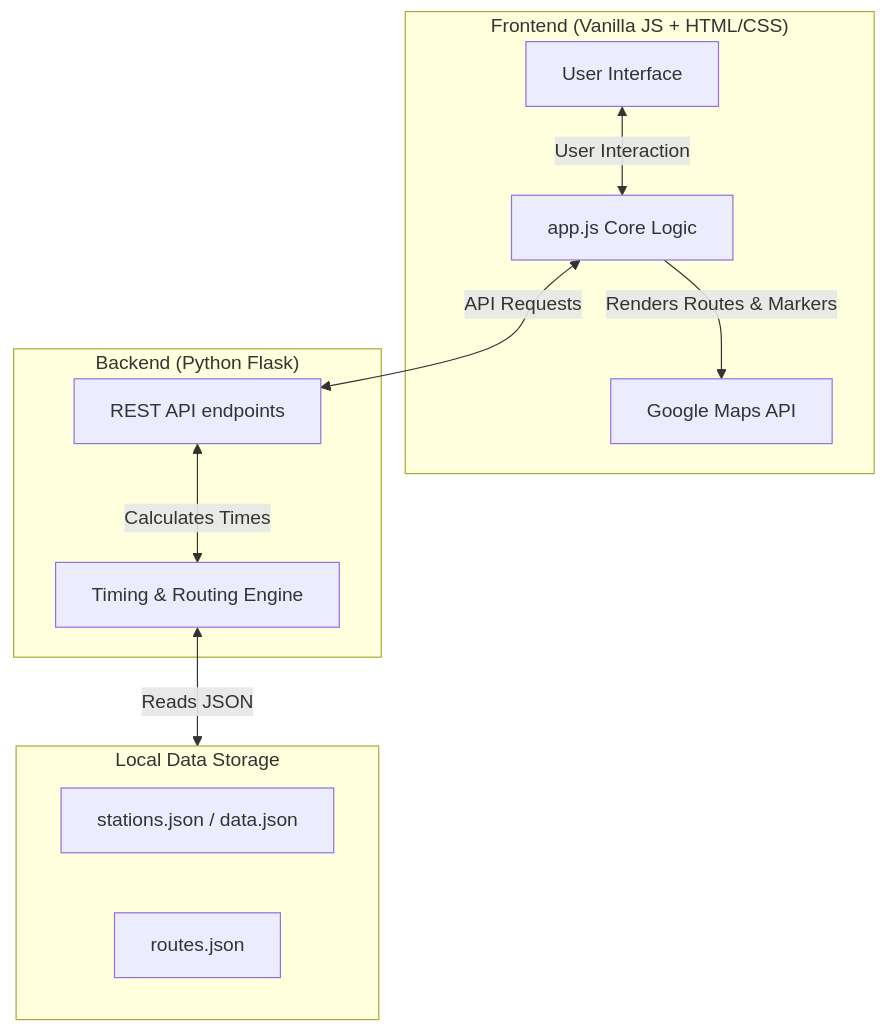
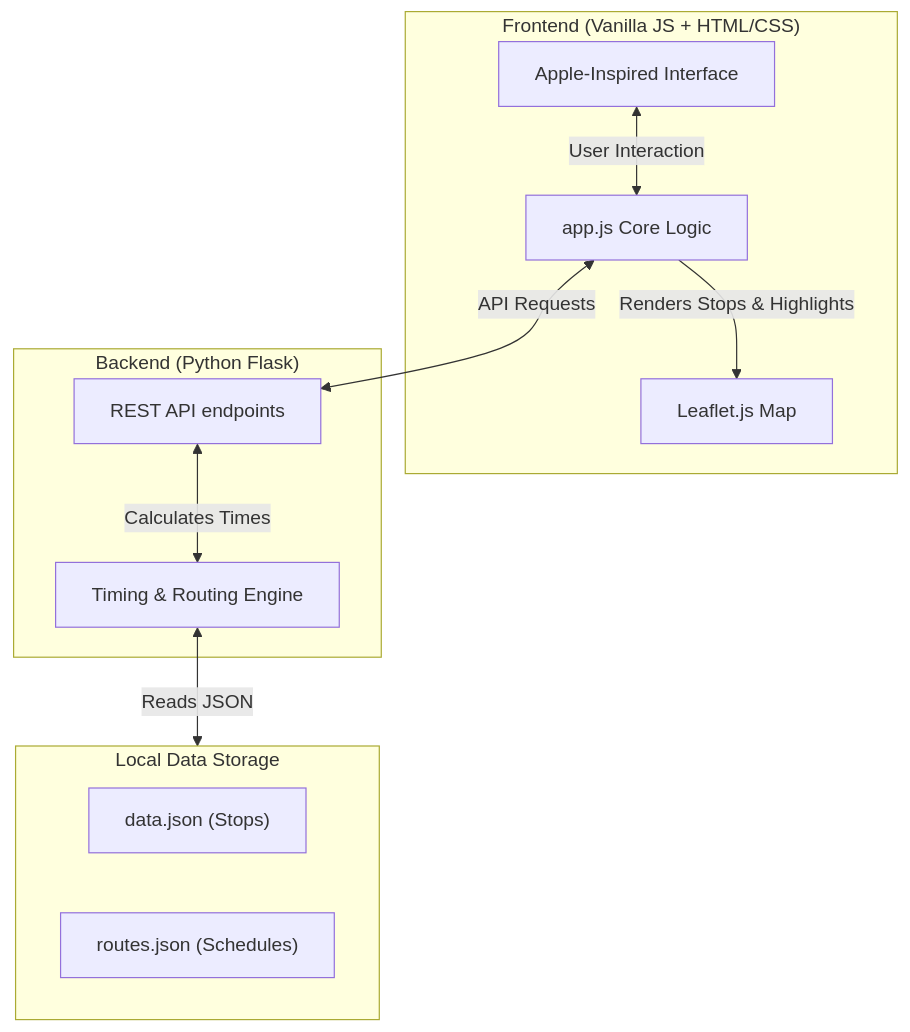
The first of 3 diagrams in explanation.md (vishalbudhathoki/CTU-Bus-route-visualizer), drawn with Mermaid before and after one commit. The commit also changed other lines of this file, not shown here.

Commit message:
docs: overhaul explanation.md with system architecture diagrams and detailed technical documentation

````diff
--- a/explanation.md
+++ b/explanation.md
@@ -7,24 +7,24 @@
 ```mermaid
 graph TD
     subgraph Frontend ["Frontend (Vanilla JS + HTML/CSS)"]
-        UI[User Interface]
-        Maps[Google Maps API]
+        UI[Apple-Inspired Interface]
+        Maps[Leaflet.js Map]
         Logic["app.js Core Logic"]
     end
 
     subgraph Backend ["Backend (Python Flask)"]
         API[REST API endpoints]
         Math["Timing & Routing Engine"]
     end
 
     subgraph Data ["Local Data Storage"]
-        ST["stations.json / data.json"]
-        RT["routes.json"]
+        ST["data.json (Stops)"]
+        RT["routes.json (Schedules)"]
     end
 
     UI <--> |User Interaction| Logic
     Logic <--> |API Requests| API
-    Logic --> |Renders Routes & Markers| Maps
+    Logic --> |Renders Stops & Highlights| Maps
     API <--> |Calculates Times| Math
     Math <--> |Reads JSON| Data
 ```
````
